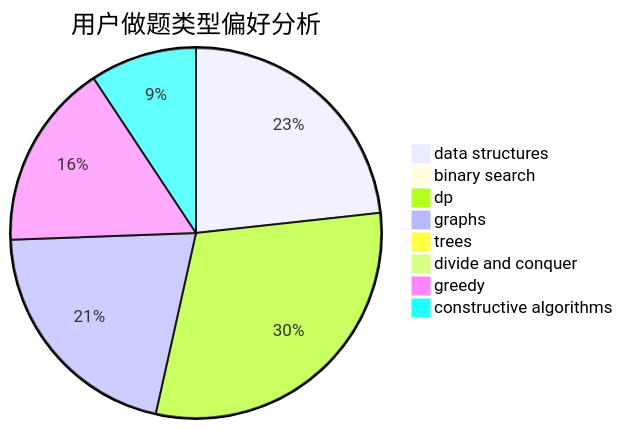
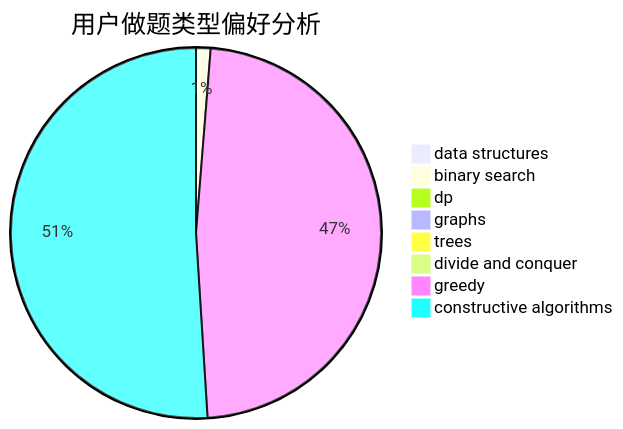
Before and after one commit to sherpahu/cfrs.github.io: the second of 3 diagrams in docs/user/u2328.md, drawn with Mermaid. The commit also changed other lines of this file and 2770 other files, not shown here.

````diff
--- a/docs/user/u2328.md
+++ b/docs/user/u2328.md
@@ -23,11 +23,11 @@
 ```mermaid
 pie title 用户做题类型偏好分析
-    "data structures" :  10
-    "binary search" :  0
-    "dp" :  13
-    "graphs" :  9
+    "data structures" :  3
+    "binary search" :  7
+    "dp" :  0
+    "graphs" :  1
     "trees" :  0
     "divide and conquer" :  0
-    "greedy" :  7
-    "constructive algorithms" :  4
+    "greedy" :  264
+    "constructive algorithms" :  282
 ```
````
